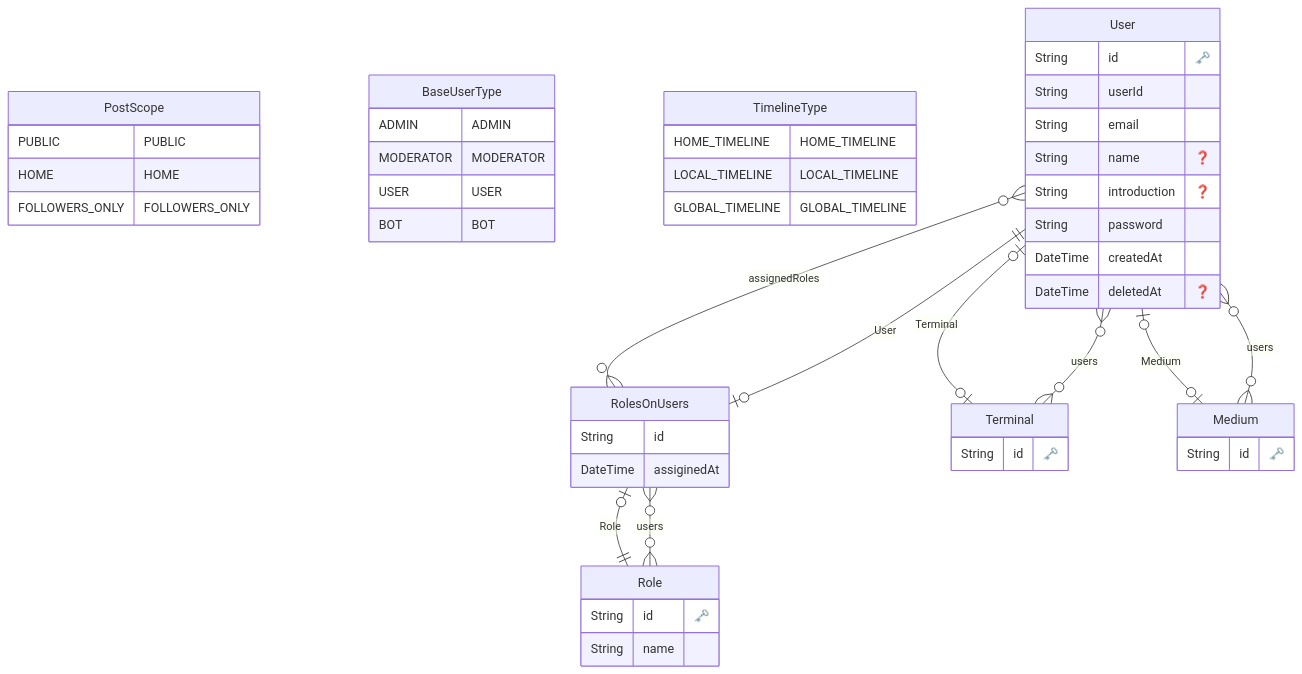
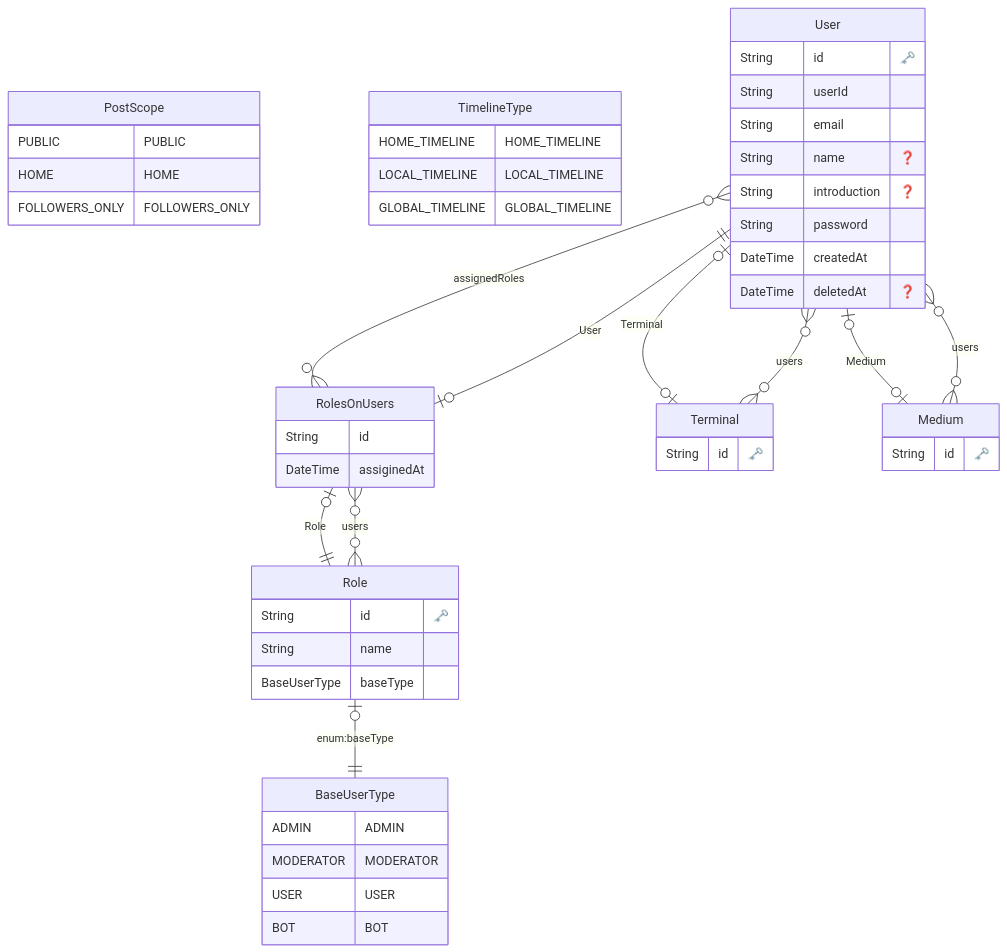
One commit to na2na-p/avion changed the diagram in packages/db/dist/erd.md. Above: the diagram before and after it, drawn with Mermaid. The commit also changed 2 other files, not shown here.

Commit message:
Update baseRoleType

````diff
--- a/packages/db/dist/erd.md
+++ b/packages/db/dist/erd.md
@@ -1,68 +1,70 @@
 ```mermaid
 erDiagram
 
         PostScope {
             PUBLIC PUBLIC
 HOME HOME
 FOLLOWERS_ONLY FOLLOWERS_ONLY
         }
     
 
 
         BaseUserType {
             ADMIN ADMIN
 MODERATOR MODERATOR
 USER USER
 BOT BOT
         }
     
 
 
         TimelineType {
             HOME_TIMELINE HOME_TIMELINE
 LOCAL_TIMELINE LOCAL_TIMELINE
 GLOBAL_TIMELINE GLOBAL_TIMELINE
         }
     
   "User" {
     String id "🗝️"
     String userId 
     String email 
     String name "❓"
     String introduction "❓"
     String password 
     DateTime createdAt 
     DateTime deletedAt "❓"
     }
   
 
   "RolesOnUsers" {
     String id 
     DateTime assiginedAt 
     }
   
 
   "Role" {
     String id "🗝️"
     String name 
+    BaseUserType baseType 
     }
   
 
   "Terminal" {
     String id "🗝️"
     }
   
 
   "Medium" {
     String id "🗝️"
     }
   
     "User" o|--|o "Terminal" : "Terminal"
     "User" o|--|o "Medium" : "Medium"
     "User" o{--}o "RolesOnUsers" : "assignedRoles"
     "RolesOnUsers" o|--|| "User" : "User"
     "RolesOnUsers" o|--|| "Role" : "Role"
+    "Role" o|--|| "BaseUserType" : "enum:baseType"
     "Role" o{--}o "RolesOnUsers" : "users"
     "Terminal" o{--}o "User" : "users"
     "Medium" o{--}o "User" : "users"
 ```
````
